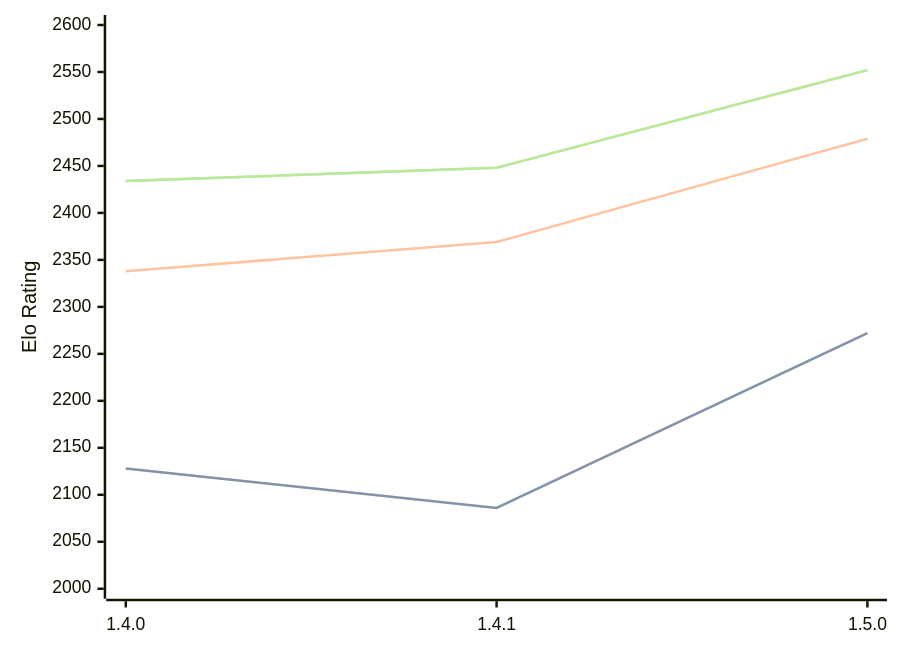
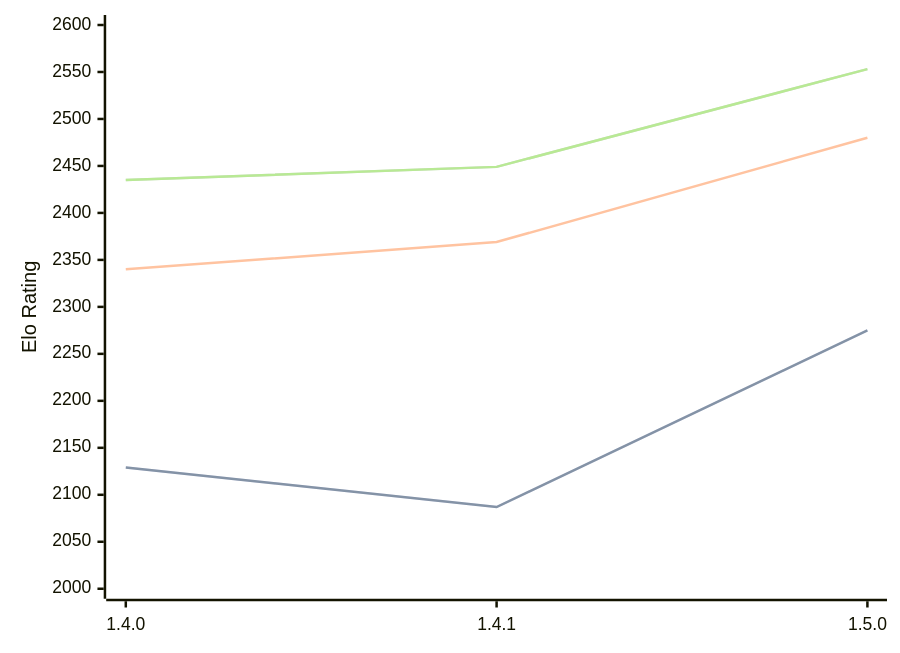
Before and after one commit to computer-chess-index/cci: the diagram in engines/Tofiks.md, drawn with Mermaid. The commit also changed other lines of this file, not shown here.

Commit message:
Update CCI Ratings (ELO VLTC) - 2026-05-06

````diff
--- a/engines/Tofiks.md
+++ b/engines/Tofiks.md
@@ -37,11 +37,11 @@
 ```mermaid
 %%{init: {"theme":"base","themeVariables":{"seriesColors:['#a3a3a3','#222221','#faa371']}}}%%
 xychart-beta
   x-axis ["1.4.0", "1.4.1", "1.5.0"]
   y-axis "Elo Rating" 2000 --> 2600
-  line "STC (8.0+0.08s)" [2128, 2086, 2272]
-  line "STC (8.0+0.08s)" [2128, 2086, 2272]
-  line "LTC (60.0+0.60s)" [2338, 2369, 2479]
-  line "VLTC (2m24s+1.12s)" [2434, 2448, 2552]
-  line "VLTC (2m24s+1.12s)" [2434, 2448, 2552]
+  line "STC (8.0+0.08s)" [2129, 2087, 2275]
+  line "STC (8.0+0.08s)" [2129, 2087, 2275]
+  line "LTC (60.0+0.60s)" [2340, 2369, 2480]
+  line "VLTC (2m24s+1.12s)" [2435, 2449, 2553]
+  line "VLTC (2m24s+1.12s)" [2435, 2449, 2553]
 ```
````
